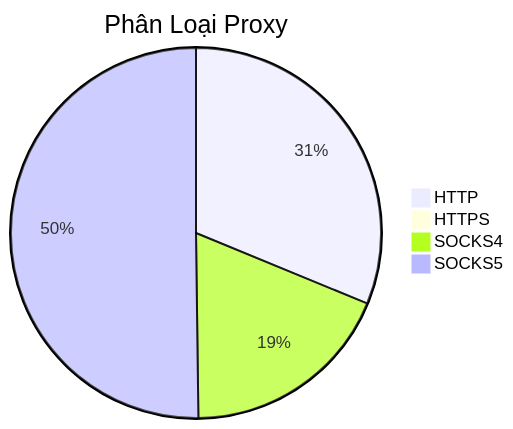
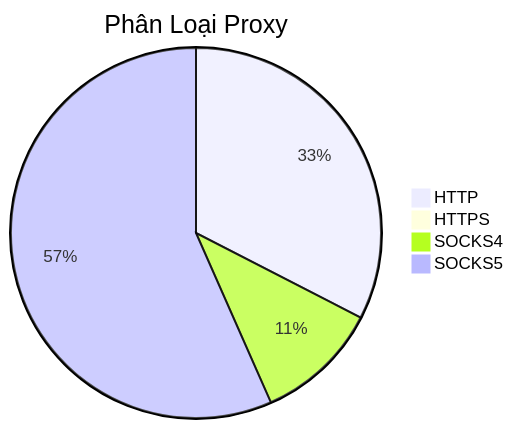
Before and after one commit to Ciara-12/PROXY-free: the diagram in README.md, drawn with Mermaid. The commit also changed other lines of this file and 4 other files, not shown here.

````diff
--- a/README.md
+++ b/README.md
@@ -26,7 +26,7 @@
 ```mermaid
 pie title Phân Loại Proxy
-    "HTTP" : 452
-    "HTTPS" : 2
-    "SOCKS4" : 269
-    "SOCKS5" : 727
+    "HTTP" : 848
+    "HTTPS" : 0
+    "SOCKS4" : 282
+    "SOCKS5" : 1475
 ```
````
